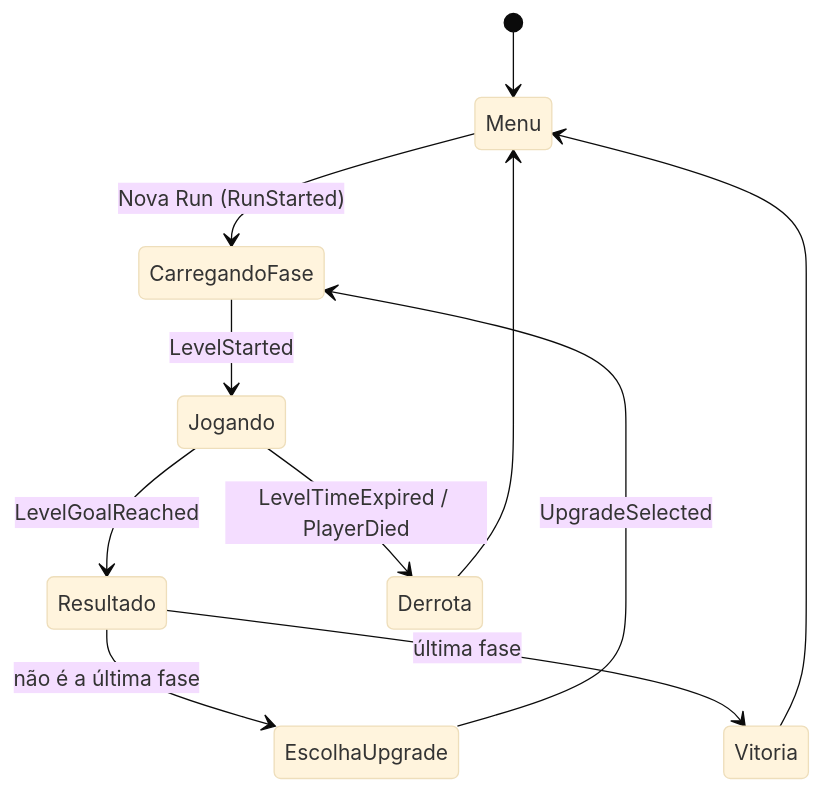
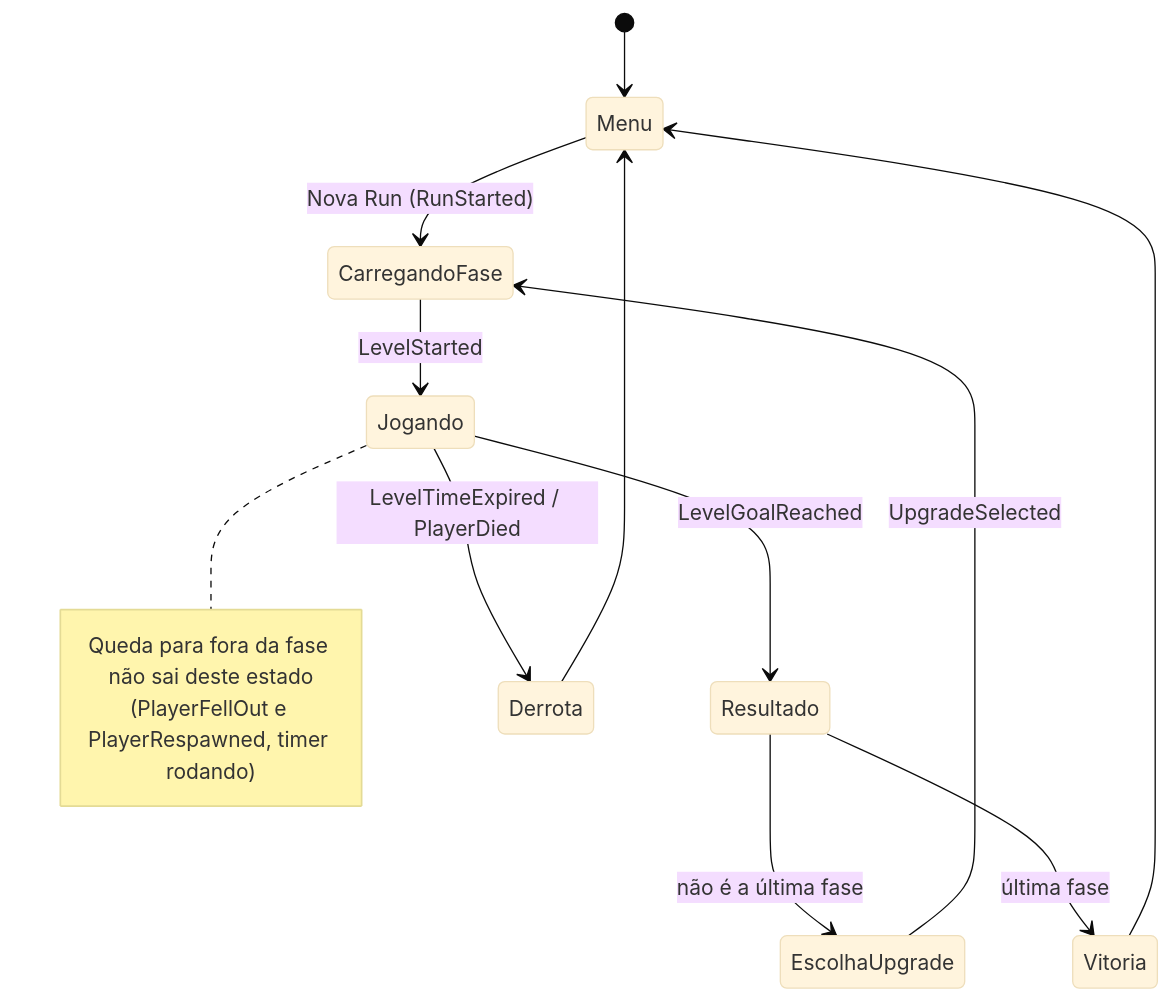
Before and after one commit to JvCodes76/Projetos-Grupo-5: the first of 2 diagrams in PLANO_REFACTOR_ROGUELIKE.md, drawn with Mermaid (base theme). The commit also changed other lines of this file and 2 other files, not shown here.

````diff
--- a/PLANO_REFACTOR_ROGUELIKE.md
+++ b/PLANO_REFACTOR_ROGUELIKE.md
@@ -20,13 +26,17 @@
 ```mermaid
 stateDiagram-v2
     [*] --> Menu
     Menu --> CarregandoFase: Nova Run (RunStarted)
     CarregandoFase --> Jogando: LevelStarted
     Jogando --> Resultado: LevelGoalReached
     Jogando --> Derrota: LevelTimeExpired / PlayerDied
     Resultado --> EscolhaUpgrade: não é a última fase
     Resultado --> Vitoria: última fase
     EscolhaUpgrade --> CarregandoFase: UpgradeSelected
     Vitoria --> Menu
     Derrota --> Menu
+    note right of Jogando
+        Queda para fora da fase não sai deste estado
+        (PlayerFellOut e PlayerRespawned, timer rodando)
+    end note
 ```
````
